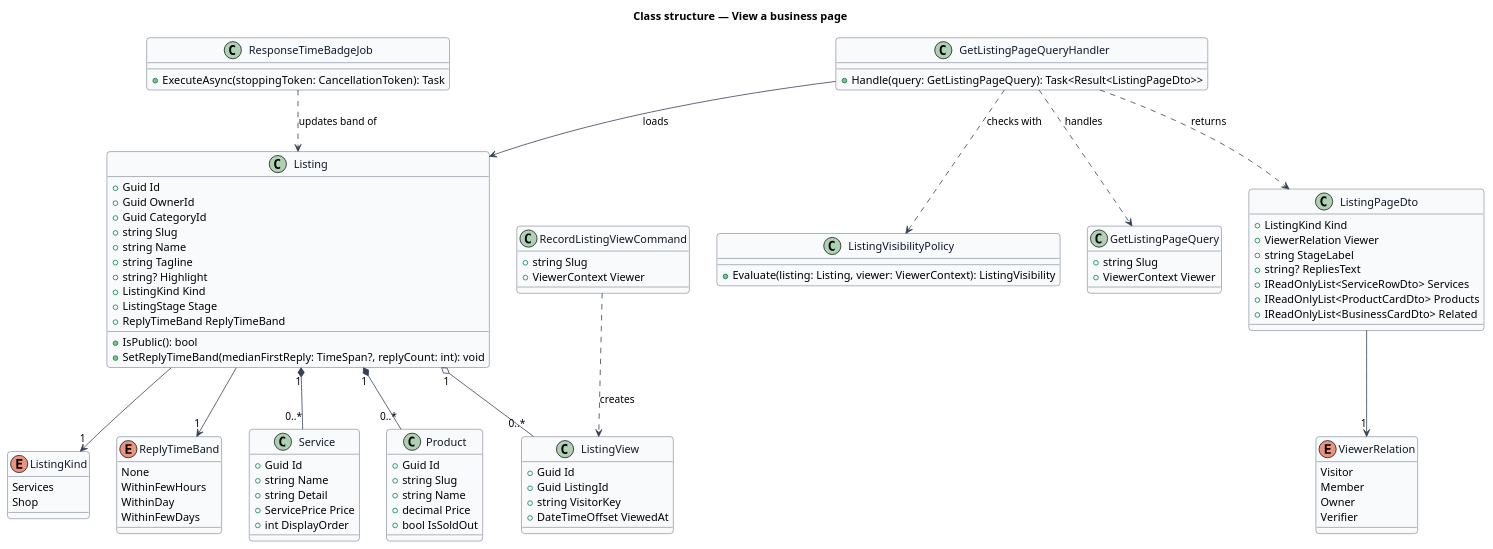
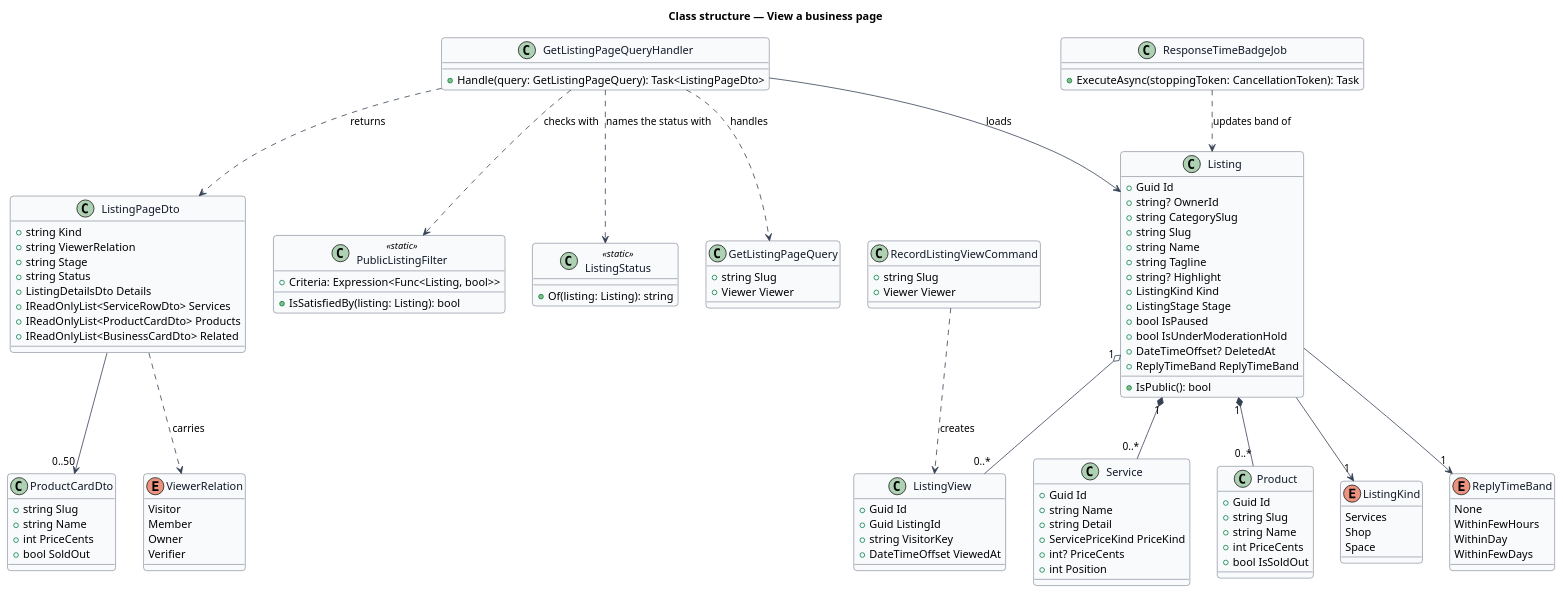
The diagram in docs/detailed-designs/listings/view-business-page/diagrams/class-structure.puml (QuinntyneBrown/jubilee), drawn with PlantUML before and after one commit. The commit also changed 28 other files, not shown here.

First line of the commit message:
Specify the rest of journey 2: sold-out cards, the preview status, back-in-stock notices

```diff
--- a/docs/detailed-designs/listings/view-business-page/diagrams/class-structure.puml
+++ b/docs/detailed-designs/listings/view-business-page/diagrams/class-structure.puml
@@ -1,117 +1,136 @@
 @startuml
 ' --- shared skin header ---
 skinparam backgroundColor #FFFFFF
 skinparam shadowing false
 skinparam roundcorner 8
 skinparam defaultFontName Arial
 skinparam ArrowColor #344054
 skinparam class {
   BorderColor #344054
   FontColor #101828
   BackgroundColor #F9FAFB
 }
 ' --------------------------
 title Class structure — View a business page
 
 enum ListingKind {
   Services
   Shop
+  Space
 }
 
 enum ViewerRelation {
   Visitor
   Member
   Owner
   Verifier
 }
 
 enum ReplyTimeBand {
   None
   WithinFewHours
   WithinDay
   WithinFewDays
 }
 
 class Listing {
   +Guid Id
-  +Guid OwnerId
-  +Guid CategoryId
+  +string? OwnerId
+  +string CategorySlug
   +string Slug
   +string Name
   +string Tagline
   +string? Highlight
   +ListingKind Kind
   +ListingStage Stage
+  +bool IsPaused
+  +bool IsUnderModerationHold
+  +DateTimeOffset? DeletedAt
   +ReplyTimeBand ReplyTimeBand
   +IsPublic(): bool
-  +SetReplyTimeBand(medianFirstReply: TimeSpan?, replyCount: int): void
 }
 
 class Service {
   +Guid Id
   +string Name
   +string Detail
-  +ServicePrice Price
-  +int DisplayOrder
+  +ServicePriceKind PriceKind
+  +int? PriceCents
+  +int Position
 }
 
 class Product {
   +Guid Id
   +string Slug
   +string Name
-  +decimal Price
+  +int PriceCents
   +bool IsSoldOut
 }
 
-class ListingVisibilityPolicy {
-  +Evaluate(listing: Listing, viewer: ViewerContext): ListingVisibility
+class PublicListingFilter <<static>> {
+  +Criteria: Expression<Func<Listing, bool>>
+  +IsSatisfiedBy(listing: Listing): bool
+}
+
+class ListingStatus <<static>> {
+  +Of(listing: Listing): string
+}
+
+class ProductCardDto {
+  +string Slug
+  +string Name
+  +int PriceCents
+  +bool SoldOut
 }
 
 class GetListingPageQuery {
   +string Slug
-  +ViewerContext Viewer
+  +Viewer Viewer
 }
 
 class GetListingPageQueryHandler {
-  +Handle(query: GetListingPageQuery): Task<Result<ListingPageDto>>
+  +Handle(query: GetListingPageQuery): Task<ListingPageDto>
 }
 
 class ListingPageDto {
-  +ListingKind Kind
-  +ViewerRelation Viewer
-  +string StageLabel
-  +string? RepliesText
+  +string Kind
+  +string ViewerRelation
+  +string Stage
+  +string Status
+  +ListingDetailsDto Details
   +IReadOnlyList<ServiceRowDto> Services
   +IReadOnlyList<ProductCardDto> Products
   +IReadOnlyList<BusinessCardDto> Related
 }
 
 class RecordListingViewCommand {
   +string Slug
-  +ViewerContext Viewer
+  +Viewer Viewer
 }
 
 class ListingView {
   +Guid Id
   +Guid ListingId
   +string VisitorKey
   +DateTimeOffset ViewedAt
 }
 
 class ResponseTimeBadgeJob {
   +ExecuteAsync(stoppingToken: CancellationToken): Task
 }
 
 Listing "1" *-- "0..*" Service
 Listing "1" *-- "0..*" Product
 Listing --> "1" ListingKind
 Listing --> "1" ReplyTimeBand
 Listing "1" o-- "0..*" ListingView
 GetListingPageQueryHandler ..> GetListingPageQuery : handles
-GetListingPageQueryHandler ..> ListingVisibilityPolicy : checks with
+GetListingPageQueryHandler ..> PublicListingFilter : checks with
+GetListingPageQueryHandler ..> ListingStatus : names the status with
+ListingPageDto --> "0..50" ProductCardDto
 GetListingPageQueryHandler ..> ListingPageDto : returns
 GetListingPageQueryHandler --> Listing : loads
-ListingPageDto --> "1" ViewerRelation
+ListingPageDto ..> ViewerRelation : carries
 RecordListingViewCommand ..> ListingView : creates
 ResponseTimeBadgeJob ..> Listing : updates band of
 @enduml
```
